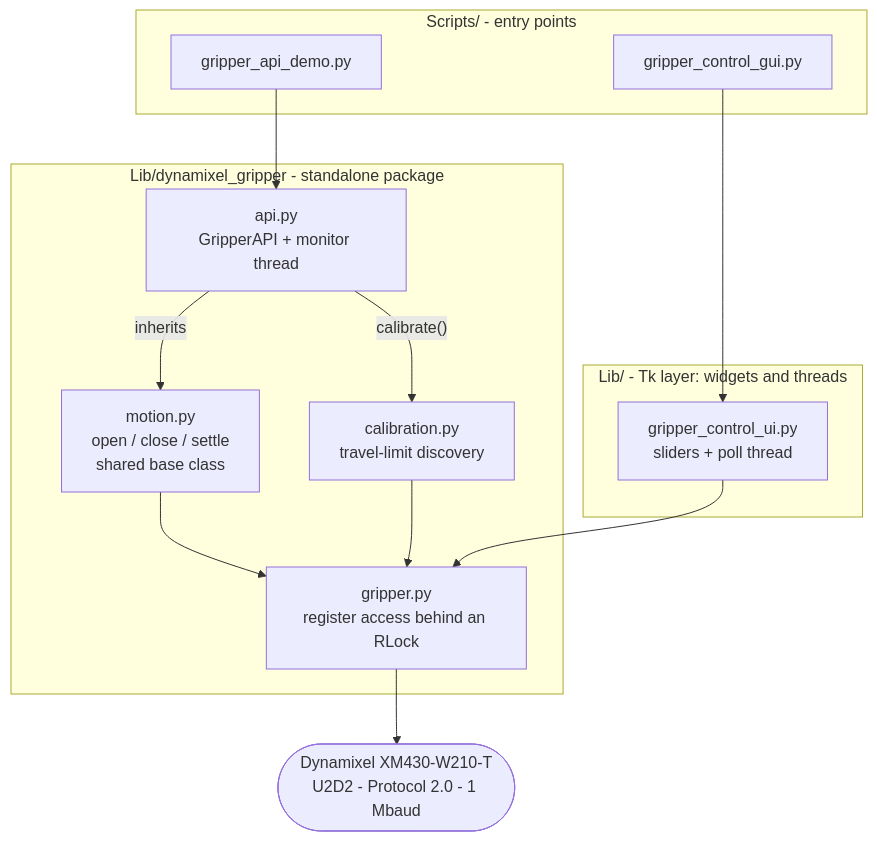
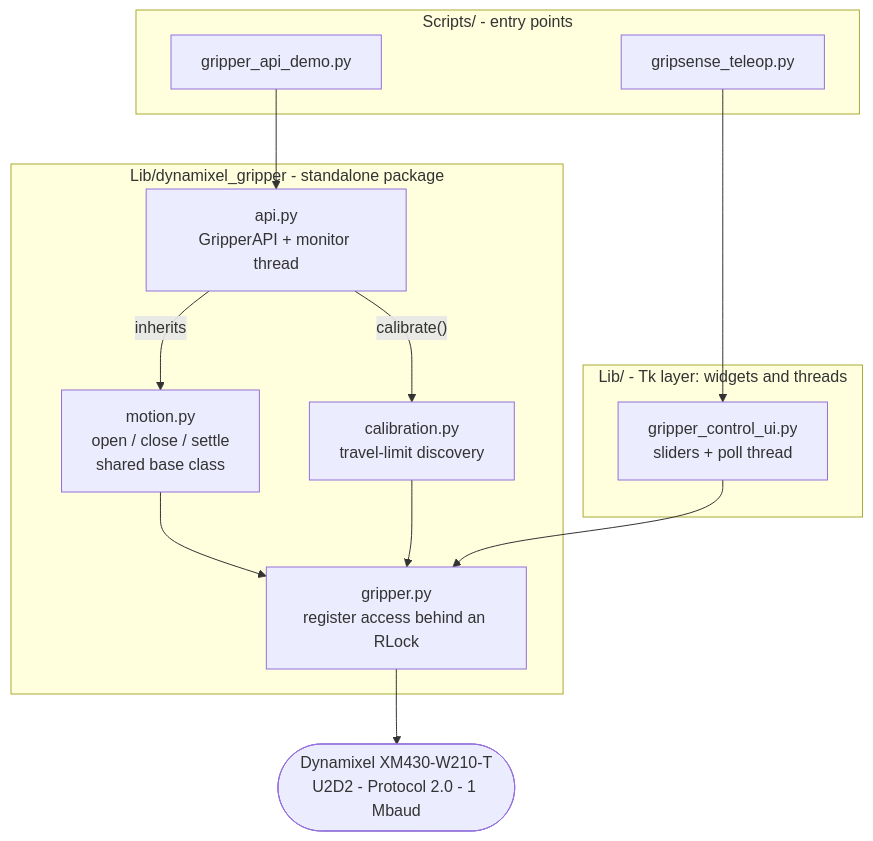
The first of 5 diagrams in README.md (MrRox1337/GripSense), drawn with Mermaid before and after one commit. The commit also changed other lines of this file and 1 other file, not shown here.

First line of the commit message:
Rename gripper_control_gui.py to gripsense_teleop.py

````diff
--- a/README.md
+++ b/README.md
@@ -155,29 +155,29 @@
 ```mermaid
 flowchart TB
     subgraph SCRIPTS["Scripts/ - entry points"]
-        CTRL["gripper_control_gui.py"]
+        CTRL["gripsense_teleop.py"]
         DEMO["gripper_api_demo.py"]
     end
 
     subgraph TK["Lib/ - Tk layer: widgets and threads"]
         CONTROLUI["gripper_control_ui.py<br/>sliders + poll thread"]
     end
 
     subgraph PKG["Lib/dynamixel_gripper - standalone package"]
         API["api.py<br/>GripperAPI + monitor thread"]
         CALIB["calibration.py<br/>travel-limit discovery"]
         MOTION["motion.py<br/>open / close / settle<br/>shared base class"]
         DRIVER["gripper.py<br/>register access behind an RLock"]
     end
 
     HW(["Dynamixel XM430-W210-T<br/>U2D2 - Protocol 2.0 - 1 Mbaud"])
 
     CTRL --> CONTROLUI
     DEMO --> API
     API -- "inherits" --> MOTION
     API -- "calibrate()" --> CALIB
     MOTION --> DRIVER
     CALIB --> DRIVER
     CONTROLUI --> DRIVER
     DRIVER --> HW
 ```
````
